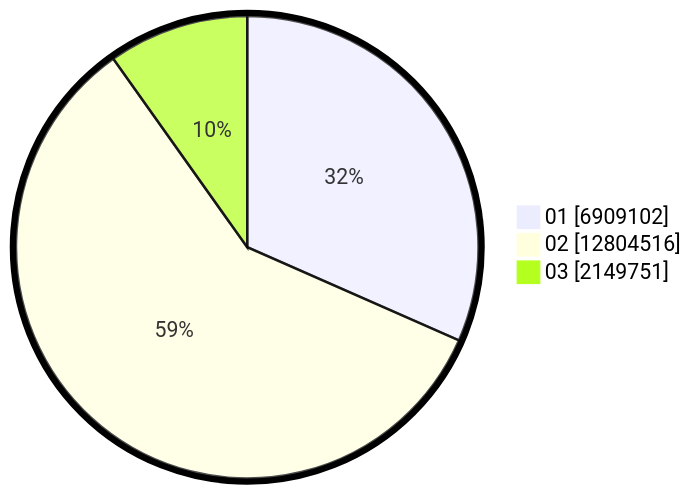
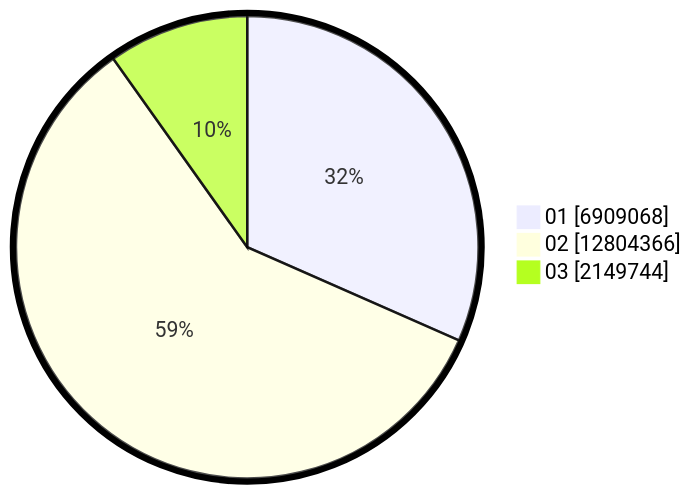
Before and after one commit to gigit-pemilu/pemilu-2024: the second of 2 diagrams in pilpres/hitung-suara/sub/table-wilayah-32.md, drawn with Mermaid. The commit also changed other lines of this file and 8 other files, not shown here.

````diff
--- a/pilpres/hitung-suara/sub/table-wilayah-32.md
+++ b/pilpres/hitung-suara/sub/table-wilayah-32.md
@@ -15,7 +15,7 @@
 ```mermaid
 %%{init: {"pie": {"textPosition": 0.5}, "themeVariables": {"pieOuterStrokeWidth": "5px"}} }%%
 pie showData
-    "01" : 6909102
-    "02" : 12804516
-    "03" : 2149751
+    "01" : 6909068
+    "02" : 12804366
+    "03" : 2149744
 ```
````
